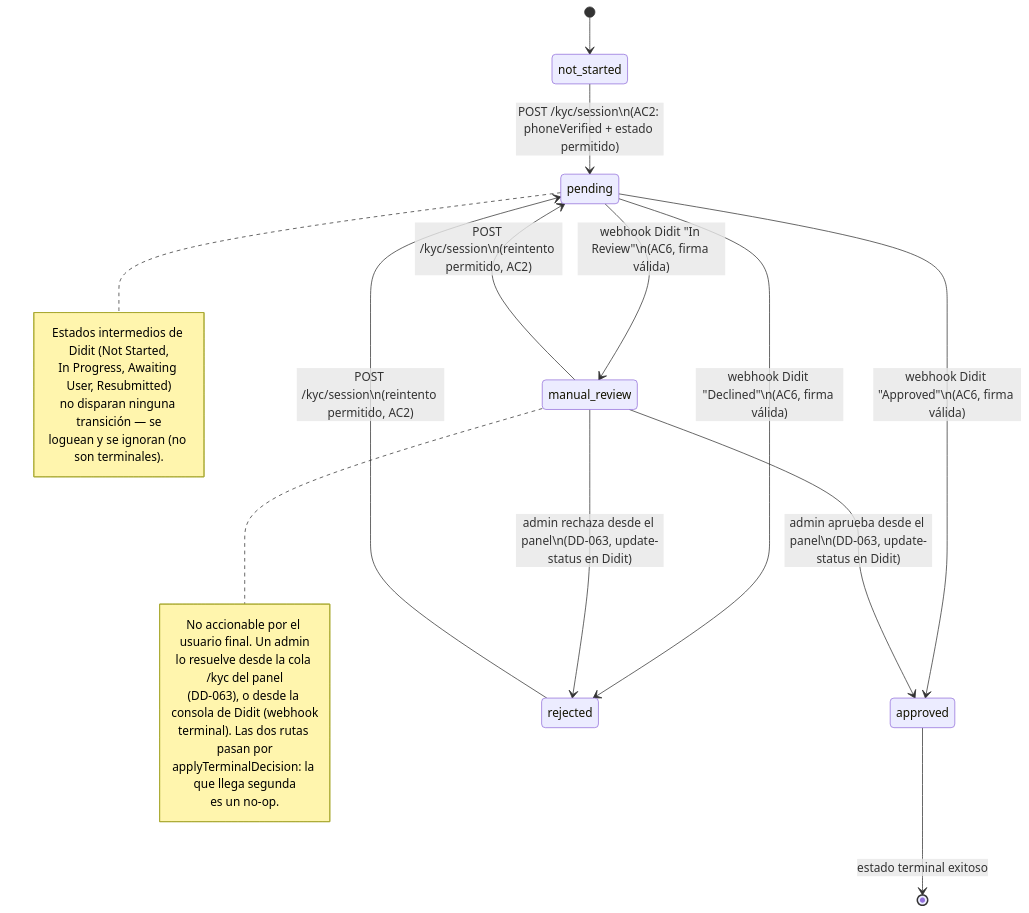
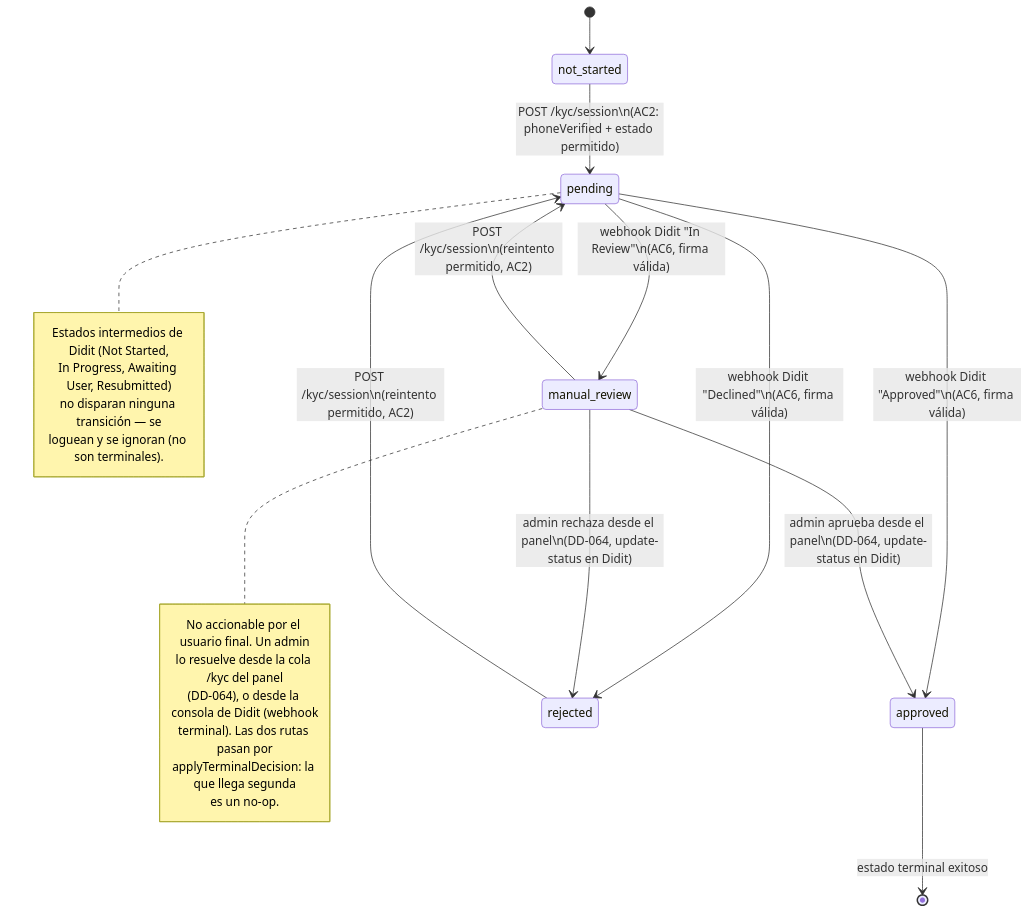
Before and after one commit to movosend/movo: the diagram in docs/kyc/state-diagram.md, drawn with Mermaid. The commit also changed 28 other files, not shown here.

First line of the commit message:
fix(kyc): atiende la review de Pedro sobre el nombre en revision manual

````diff
--- a/docs/kyc/state-diagram.md
+++ b/docs/kyc/state-diagram.md
@@ -13,33 +13,33 @@
 ```mermaid
 stateDiagram-v2
     [*] --> not_started
 
     not_started --> pending: POST /kyc/session\n(AC2: phoneVerified + estado permitido)
 
     pending --> approved: webhook Didit "Approved"\n(AC6, firma válida)
     pending --> rejected: webhook Didit "Declined"\n(AC6, firma válida)
     pending --> manual_review: webhook Didit "In Review"\n(AC6, firma válida)
 
     rejected --> pending: POST /kyc/session\n(reintento permitido, AC2)
     manual_review --> pending: POST /kyc/session\n(reintento permitido, AC2)
-    manual_review --> approved: admin aprueba desde el panel\n(DD-063, update-status en Didit)
-    manual_review --> rejected: admin rechaza desde el panel\n(DD-063, update-status en Didit)
+    manual_review --> approved: admin aprueba desde el panel\n(DD-064, update-status en Didit)
+    manual_review --> rejected: admin rechaza desde el panel\n(DD-064, update-status en Didit)
 
     approved --> [*]: estado terminal exitoso
 
     note right of pending
         Estados intermedios de Didit (Not Started,
         In Progress, Awaiting User, Resubmitted)
         no disparan ninguna transición — se
         loguean y se ignoran (no son terminales).
     end note
 
     note right of manual_review
         No accionable por el usuario final. Un admin
         lo resuelve desde la cola /kyc del panel
-        (DD-063), o desde la consola de Didit (webhook
+        (DD-064), o desde la consola de Didit (webhook
         terminal). Las dos rutas pasan por
         applyTerminalDecision: la que llega segunda
         es un no-op.
     end note
 ```
````
